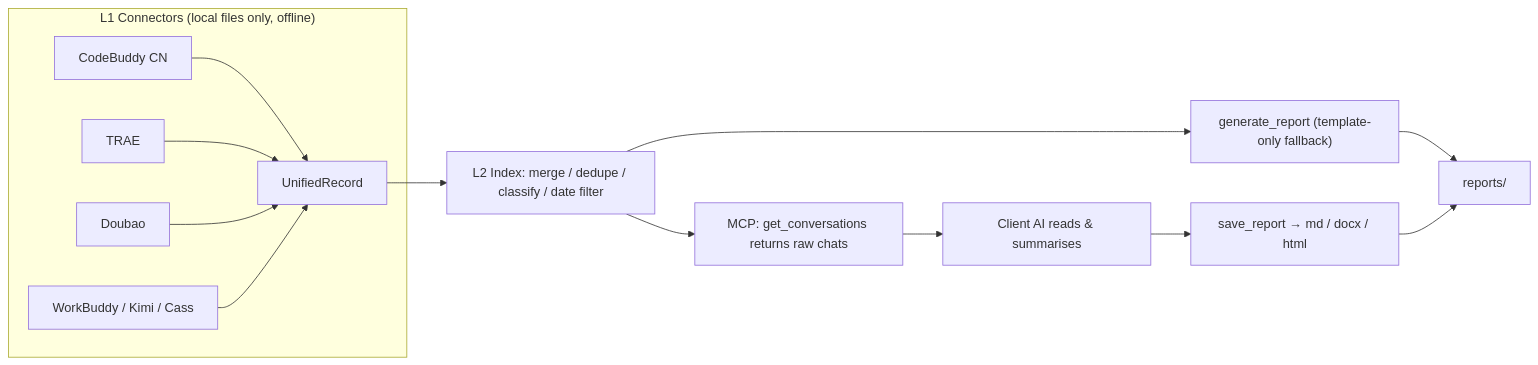
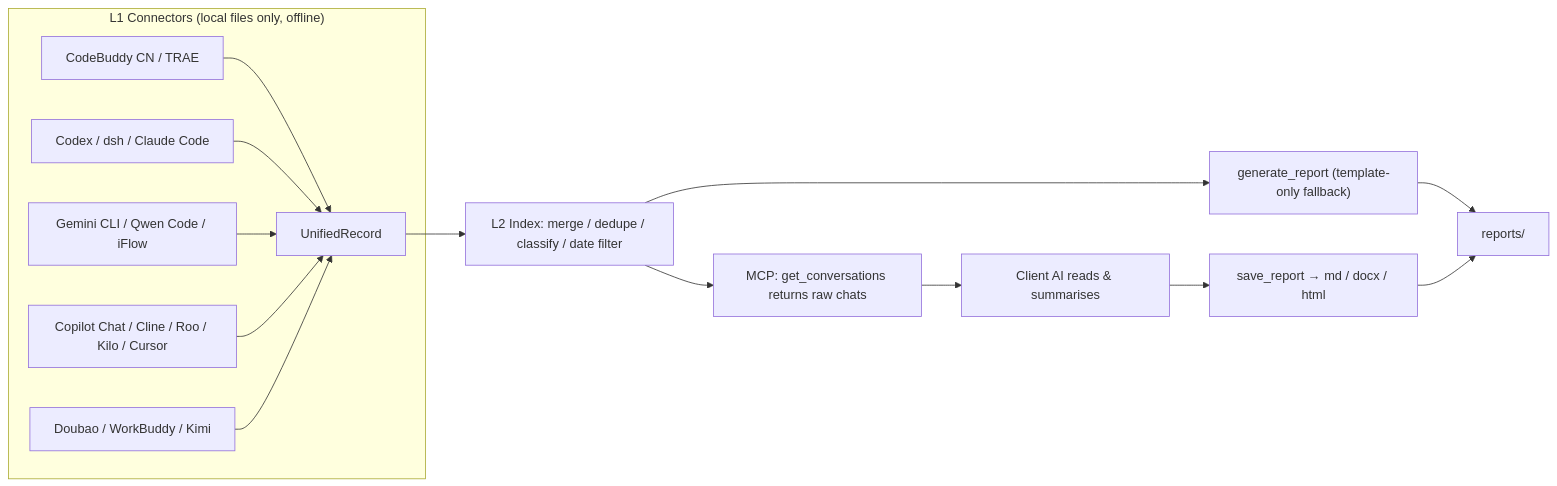
Before and after one commit to 5yeah/Aiscribe: the diagram in README.md, drawn with Mermaid. The commit also changed other lines of this file and 23 other files, not shown here.

````diff
--- a/README.md
+++ b/README.md
@@ -166,16 +180,17 @@
 ```mermaid
 flowchart LR
     subgraph L1["L1 Connectors (local files only, offline)"]
-        A1[CodeBuddy CN] --> U[UnifiedRecord]
-        A2[TRAE] --> U
-        A3[Doubao] --> U
-        A4[WorkBuddy / Kimi / Cass] --> U
+        A1[CodeBuddy CN / TRAE] --> U[UnifiedRecord]
+        A2[Codex / dsh / Claude Code] --> U
+        A3[Gemini CLI / Qwen Code / iFlow] --> U
+        A4[Copilot Chat / Cline / Roo / Kilo / Cursor] --> U
+        A5[Doubao / WorkBuddy / Kimi] --> U
     end
     U --> L2["L2 Index: merge / dedupe / classify / date filter"]
     L2 --> MCP["MCP: get_conversations returns raw chats"]
     MCP --> AI["Client AI reads & summarises"]
     AI --> SAVE["save_report → md / docx / html"]
     L2 --> TPL["generate_report (template-only fallback)"]
     TPL --> OUT["reports/"]
     SAVE --> OUT
 ```
````
